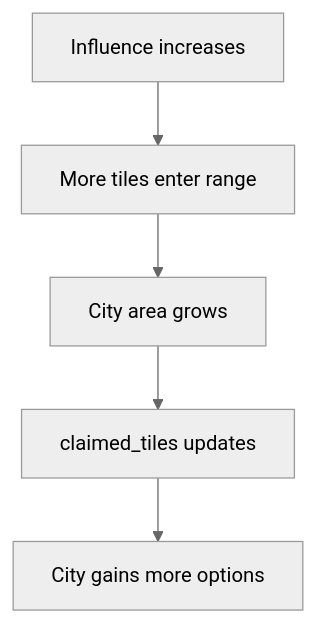
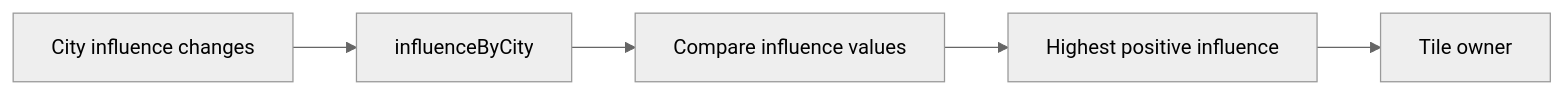
The second of 4 diagrams in docs/variablesoverview.md (gram12321/tileideas), drawn with Mermaid (neutral theme) before and after one commit. The commit also changed other lines of this file and 15 other files, not shown here.

````diff
--- a/docs/variablesoverview.md
+++ b/docs/variablesoverview.md
@@ -42,7 +57,7 @@
 ```mermaid
-flowchart TD
-  A[Influence increases] --> B[More tiles enter range]
-  B --> C[City area grows]
-  C --> D[claimed_tiles updates]
-  D --> E[City gains more options]
+flowchart LR
+  A[City influence changes] --> B[influenceByCity]
+  B --> C[Compare influence values]
+  C --> D[Highest positive influence]
+  D --> E[Tile owner]
 ```
````
